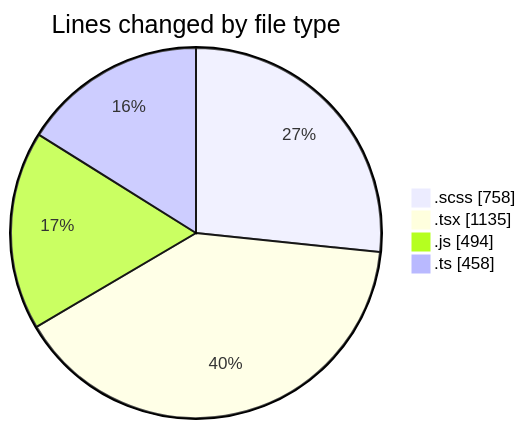
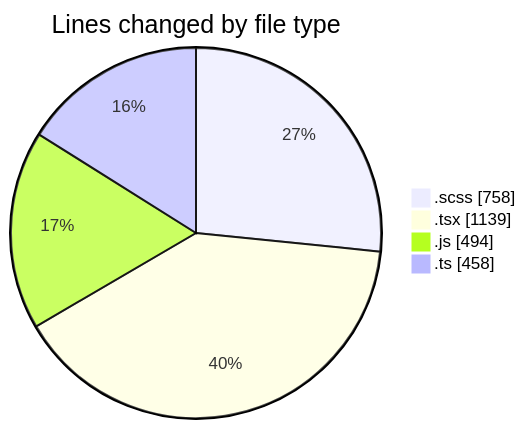
Before and after one commit to momahboobian/code-tracking: the first of 2 diagrams in 2025-03-14/cda/README.md, drawn with Mermaid. The commit also changed other lines of this file and 1 other file, not shown here.

````diff
--- a/2025-03-14/cda/README.md
+++ b/2025-03-14/cda/README.md
@@ -34,8 +34,8 @@
 ```mermaid
 pie showData
 title Lines changed by file type
 ".scss" : 758
-".tsx" : 1135
+".tsx" : 1139
 ".js" : 494
 ".ts" : 458
 ```
````
